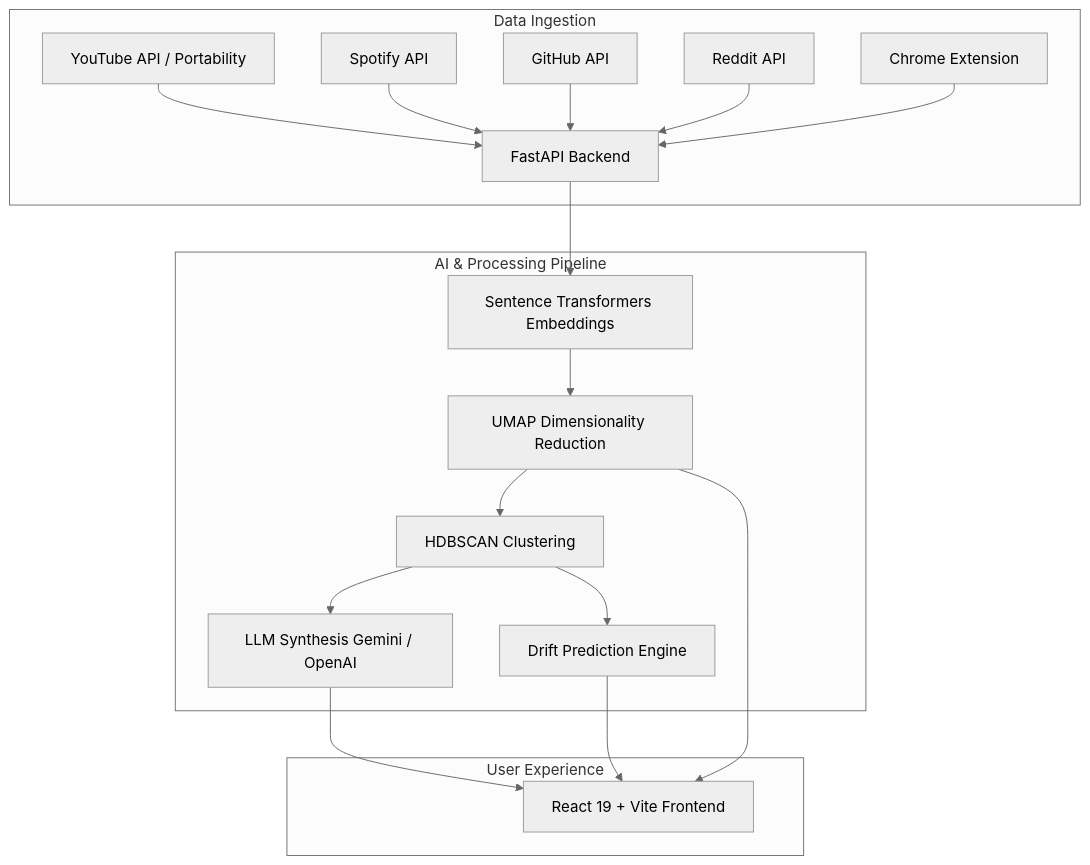
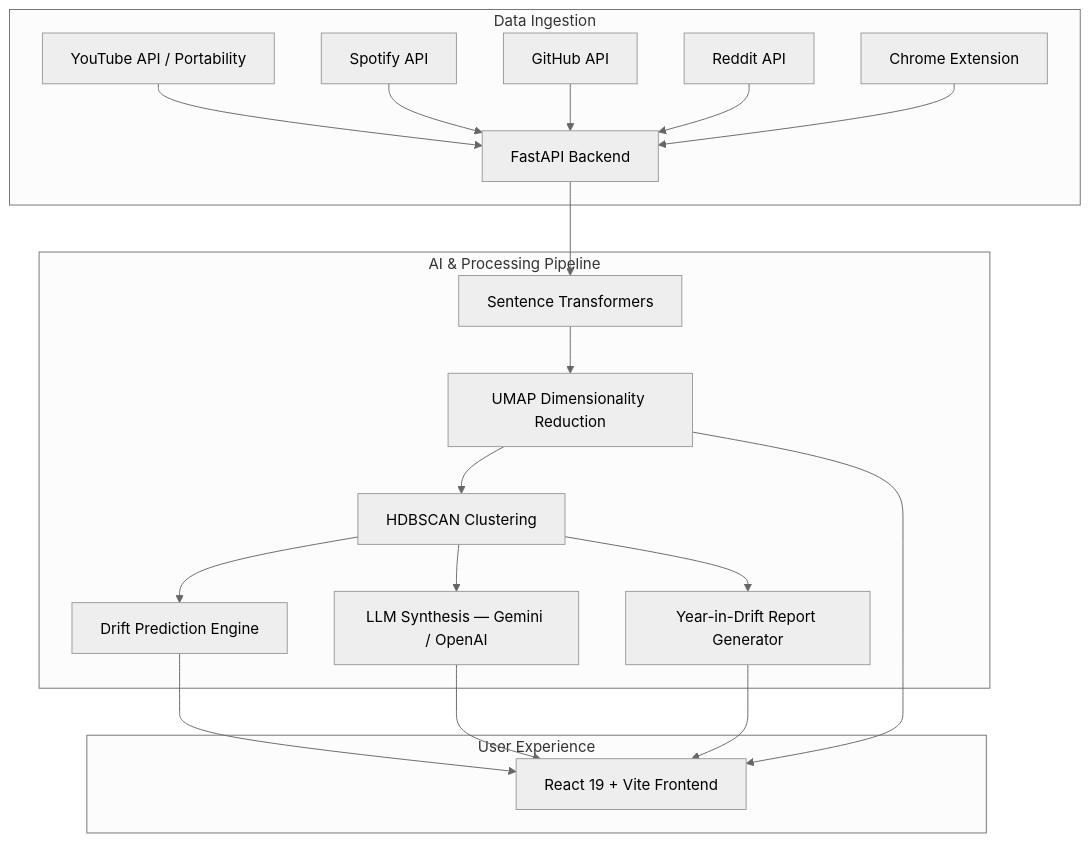
The diagram in README.md (mittal987-alt/drifter), drawn with Mermaid (neutral theme) before and after one commit. The commit also changed other lines of this file, not shown here.

````diff
--- a/README.md
+++ b/README.md
@@ -33,24 +46,26 @@
 ```mermaid
 graph TD
-    subgraph Data Ingestion
+    subgraph "Data Ingestion"
         YT[YouTube API / Portability] --> BE[FastAPI Backend]
         SP[Spotify API] --> BE
         GH[GitHub API] --> BE
         RD[Reddit API] --> BE
         EXT[Chrome Extension] --> BE
     end
 
-    subgraph AI & Processing Pipeline
-        BE --> EMB[Sentence Transformers Embeddings]
+    subgraph "AI & Processing Pipeline"
+        BE --> EMB[Sentence Transformers]
         EMB --> UMAP[UMAP Dimensionality Reduction]
         UMAP --> CLUSTER[HDBSCAN Clustering]
         CLUSTER --> PREDICT[Drift Prediction Engine]
-        CLUSTER --> LLM[LLM Synthesis Gemini / OpenAI]
+        CLUSTER --> LLM[LLM Synthesis — Gemini / OpenAI]
+        CLUSTER --> REPORT[Year-in-Drift Report Generator]
     end
 
-    subgraph User Experience
+    subgraph "User Experience"
         LLM --> FE[React 19 + Vite Frontend]
         PREDICT --> FE
         UMAP --> FE
+        REPORT --> FE
     end
 ```
````
